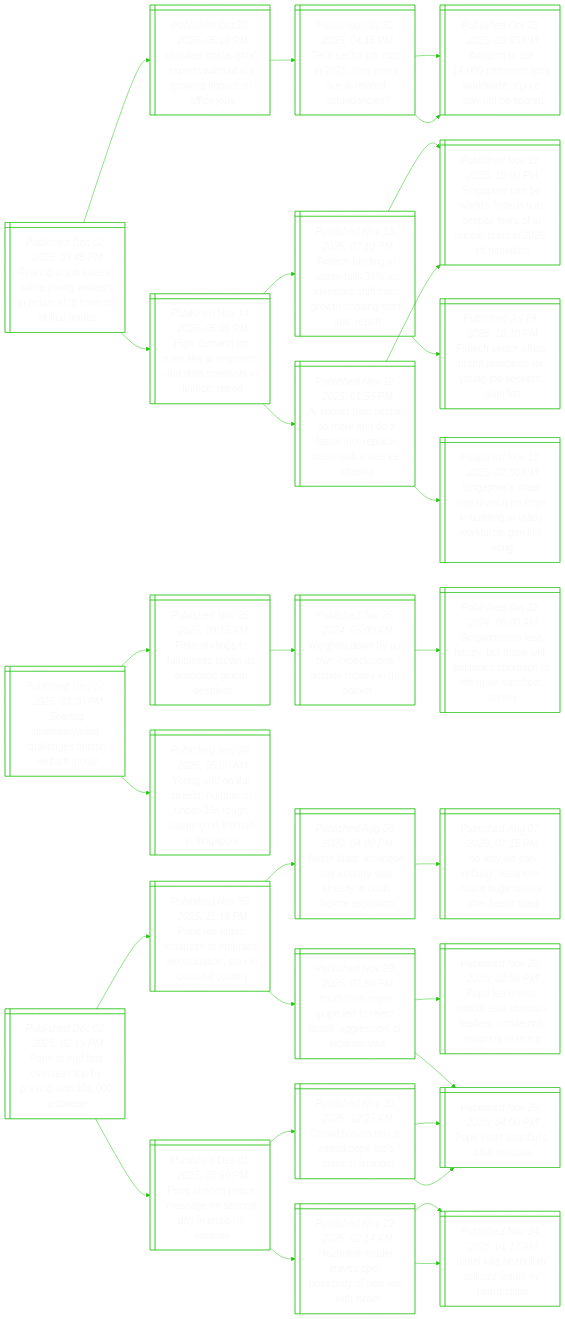
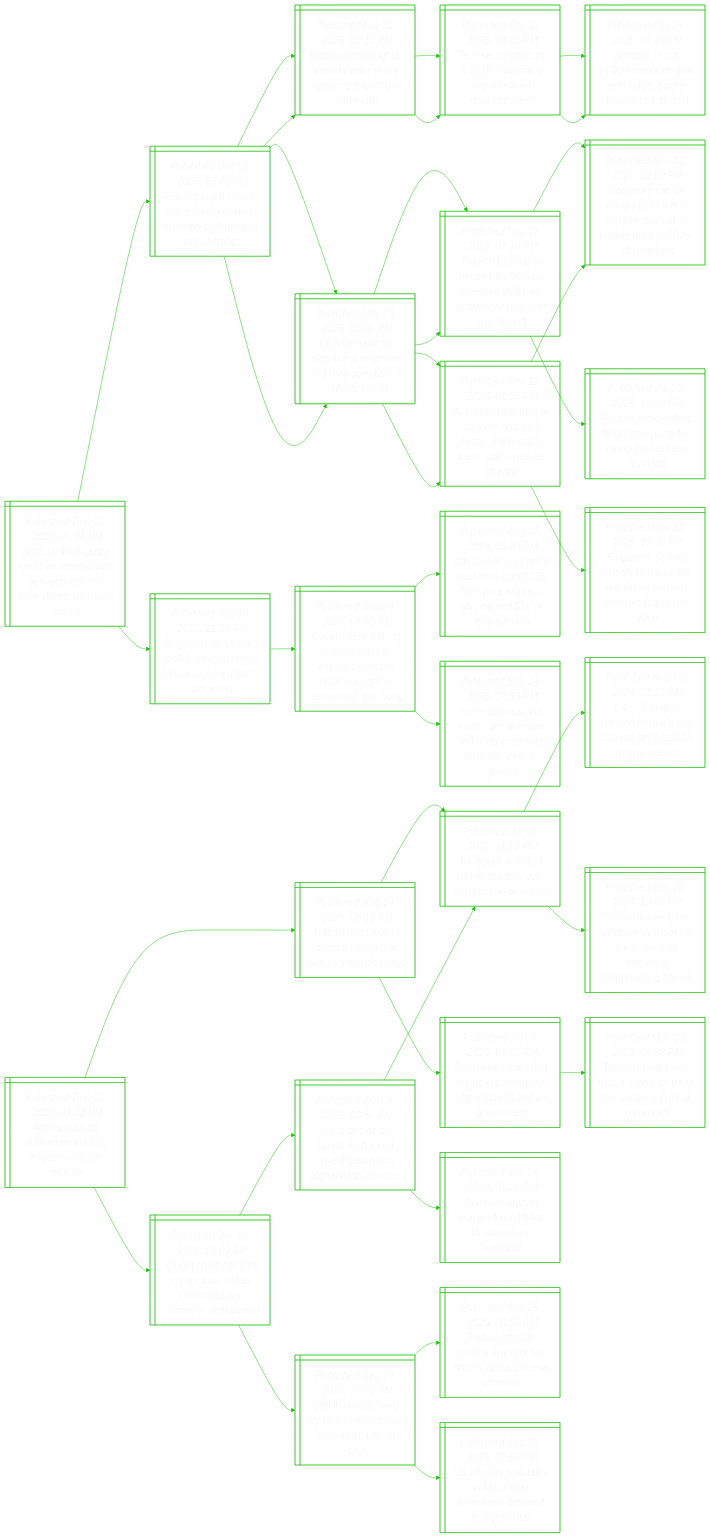
Before and after one commit to notJmes/notJmes: the diagram in README.md, drawn with Mermaid. The commit also changed other lines of this file, not shown here.

````diff
--- a/README.md
+++ b/README.md
@@ -15,6 +15,83 @@
 %%{init: {'theme':'base', 'themeVariables': {'primaryColor': "transparent", 'primaryTextColor': "#F9F9F9", 'lineColor': "#20C20E", 'primaryBorderColor':'#20C20E'}}}%%
 flowchart LR
 classDef txtsize font-size:20px;
+
+AiilclrdeecptUor@{ shape: win-pane, label: "_Published Dec 02, 2025, 06:44 PM_
+Artificial intelligence could increase divide between rich and poor states, un report warns" }
+Fnosmnknaiwsed@{ shape: win-pane, label: "_Published Dec 02, 2025, 03:45 PM_
+Fearing ai job losses, some young workers in britain shift towards skilled trades" }
+Bishpwfrgcfj@{ shape: win-pane, label: "_Published Oct 30, 2025, 05:10 PM_
+‘bloodied onslaughts’: experts warn of ai’s growing impact on office jobs" }
+TejtoyItdn@{ shape: win-pane, label: "_Published Oct 30, 2025, 04:15 PM_
+Tech sector job cuts in 2025: how many are ai-related redundancies?" }
+Heflknedstite@{ shape: win-pane, label: "_Published Nov 14, 2025, 05:06 PM_
+High demand for roles like ai engineers and data scientists in fintech: report" }
+Fcdnnsvrfmtstpo@{ shape: win-pane, label: "_Published Nov 13, 2025, 07:10 PM_
+Fintech funding in asean falls 36% as investors shift from growth-chasing start-ups: report" }
+AulpmntercmWCg@{ shape: win-pane, label: "_Published Nov 12, 2025, 01:55 PM_
+Ai should help people do more and do it faster, not replace them: uob’s wee ee cheong" }
+SpaiobdsnnlM@{ shape: win-pane, label: "_Published Nov 19, 2025, 11:59 PM_
+Singapore has varied toolkit, beyond taxes, to manage inequality: pm wong" }
+GnlnoynSavurrtn@{ shape: win-pane, label: "_Published Sep 24, 2025, 05:53 PM_
+Government looking at more ways to ensure s’poreans have enough for retirement: pm wong" }
+JeutaoiSwredeo@{ shape: win-pane, label: "_Published Aug 27, 2024, 05:30 PM_
+Job seeker support to start from april 2025 for s’pore workers who earned $5k or less a month" }
+WtkcPgdganlmd@{ shape: win-pane, label: "_Published Sep 24, 2025, 07:33 PM_
+‘we must break this cycle’: pm wong on reducing emphasis on single exams, grades" }
+
+AiilclrdeecptUor:::txtsize --> Fnosmnknaiwsed:::txtsize
+Fnosmnknaiwsed:::txtsize --> Bishpwfrgcfj:::txtsize
+Bishpwfrgcfj:::txtsize --> TejtoyItdn:::txtsize
+Fnosmnknaiwsed:::txtsize --> Heflknedstite:::txtsize
+Heflknedstite:::txtsize --> Fcdnnsvrfmtstpo:::txtsize
+Heflknedstite:::txtsize --> AulpmntercmWCg:::txtsize
+AiilclrdeecptUor:::txtsize --> SpaiobdsnnlM:::txtsize
+SpaiobdsnnlM:::txtsize --> GnlnoynSavurrtn:::txtsize
+GnlnoynSavurrtn:::txtsize --> JeutaoiSwredeo:::txtsize
+GnlnoynSavurrtn:::txtsize --> WtkcPgdganlmd:::txtsize
+
+Anbttulcamr@{ shape: win-pane, label: "_Published Dec 02, 2025, 04:52 PM_
+Afghan taliban authorities publicly execute man for murder" }
+TaftettlSha@{ shape: win-pane, label: "_Published Aug 14, 2025, 05:18 AM_
+Taliban use force to divert international aid, us watchdog says" }
+Ierfbaoeuoe@{ shape: win-pane, label: "_Published Jul 08, 2025, 11:19 PM_
+Icc seeks arrest of taliban leaders over persecution of women" }
+molnohhsTaue@{ shape: win-pane, label: "_Published Aug 15, 2024, 02:17 PM_
+1.4 million girls banned from afghan schools since taliban return: unesco" }
+Tadndvoauyniuh@{ shape: win-pane, label: "_Published Dec 29, 2024, 10:45 PM_
+Taliban leader bans windows overlooking areas used by women in neighbouring homes" }
+Ramrutoeaalgn@{ shape: win-pane, label: "_Published Jul 04, 2025, 03:21 AM_
+Russia becomes first country to recognise afghanistan’s taliban government" }
+Taaishodninles@{ shape: win-pane, label: "_Published May 23, 2025, 04:38 PM_
+Taliban in talks with russia, china for trade transactions in local currencies" }
+EtfrsiaictamAnn@{ shape: win-pane, label: "_Published Dec 01, 2025, 08:09 AM_
+Ex-british officer tells inquiry that military committed war crimes in afghanistan" }
+Ueoaaitithtri@{ shape: win-pane, label: "_Published Oct 06, 2025, 03:56 PM_
+Un to decide on broad eu-backed investigation into afghanistan atrocities" }
+Ierfbaoeuoe@{ shape: win-pane, label: "_Published Jul 08, 2025, 11:19 PM_
+Icc seeks arrest of taliban leaders over persecution of women" }
+Dcgooboihn@{ shape: win-pane, label: "_Published Mar 06, 2023, 01:26 PM_
+Divorced afghan women forced back to abusive ex-husbands" }
+BspeTaeadois@{ shape: win-pane, label: "_Published Sep 19, 2025, 07:50 PM_
+British couple freed by taliban after qatari mediation, official says" }
+TaisirfrsCsr@{ shape: win-pane, label: "_Published Feb 25, 2025, 08:55 AM_
+Taliban officials confirm arrest of two britons and a chinese-american" }
+UistiuridnAnn@{ shape: win-pane, label: "_Published Sep 13, 2025, 07:50 PM_
+Us officials hold talks in kabul over americans detained in afghanistan" }
+
+Anbttulcamr:::txtsize --> TaftettlSha:::txtsize
+TaftettlSha:::txtsize --> Ierfbaoeuoe:::txtsize
+Ierfbaoeuoe:::txtsize --> molnohhsTaue:::txtsize
+Ierfbaoeuoe:::txtsize --> Tadndvoauyniuh:::txtsize
+TaftettlSha:::txtsize --> Ramrutoeaalgn:::txtsize
+Ramrutoeaalgn:::txtsize --> Taaishodninles:::txtsize
+Anbttulcamr:::txtsize --> EtfrsiaictamAnn:::txtsize
+EtfrsiaictamAnn:::txtsize --> Ueoaaitithtri:::txtsize
+Ueoaaitithtri:::txtsize --> Ierfbaoeuoe:::txtsize
+Ueoaaitithtri:::txtsize --> Dcgooboihn:::txtsize
+EtfrsiaictamAnn:::txtsize --> BspeTaeadois:::txtsize
+BspeTaeadois:::txtsize --> TaisirfrsCsr:::txtsize
+BspeTaeadois:::txtsize --> UistiuridnAnn:::txtsize
 
 Fnosmnknaiwsed@{ shape: win-pane, label: "_Published Dec 02, 2025, 03:45 PM_
 Fearing ai job losses, some young workers in britain shift towards skilled trades" }
@@ -53,63 +130,4 @@
 AulpmntercmWCg:::txtsize --> SpaofcdtrIlsFet:::txtsize
 AulpmntercmWCg:::txtsize --> Spssitguneorno:::txtsize
 
-Snmmhnihad@{ shape: win-pane, label: "_Published Dec 02, 2025, 03:00 PM_
-Soaring unemployment challenges finnish welfare model" }
-Fnnhnrsoles@{ shape: win-pane, label: "_Published Nov 25, 2025, 09:15 AM_
-Finland clings to happiness crown as economic gloom deepens" }
-Wenrxasintc@{ shape: win-pane, label: "_Published Jan 25, 2024, 05:00 AM_
-Weighed down by our own expectations, despite money in the pocket" }
-Spnsyhildoomair@{ shape: win-pane, label: "_Published Jan 12, 2024, 05:00 AM_
-Singaporeans less happy, but those with balanced approach to life more satisfied: survey" }
-YatrNrdolnhenr@{ shape: win-pane, label: "_Published Nov 30, 2025, 05:00 AM_
-Young and on the streets: number of under-35s rough sleeping on the rise in singapore" }
-
-Snmmhnihad:::txtsize --> Fnnhnrsoles:::txtsize
-Fnnhnrsoles:::txtsize --> Wenrxasintc:::txtsize
-Wenrxasintc:::txtsize --> Spnsyhildoomair:::txtsize
-Snmmhnihad:::txtsize --> YatrNrdolnhenr:::txtsize
-
-Poivapawes@{ shape: win-pane, label: "_Published Dec 02, 2025, 02:19 PM_
-Pope to end first overseas trip by praying with 100,000 lebanese" }
-Peeatreiiarhu@{ shape: win-pane, label: "_Published Nov 30, 2025, 11:19 PM_
-Pope leo urges lebanese to embrace reconciliation, stay in crisis-hit country" }
-Bttnanaeniopo@{ shape: win-pane, label: "_Published Aug 08, 2020, 04:00 PM_
-Beirut blast: lebanese say country was already in crisis before explosion" }
-NwrlachoaBtt@{ shape: win-pane, label: "_Published Aug 07, 2020, 07:15 PM_
-'no way we can rebuild': lebanese count huge losses after beirut blast" }
-Hlroojsienbv@{ shape: win-pane, label: "_Published Nov 29, 2025, 07:50 PM_
-Hezbollah urges pope leo to reject israeli ‘aggression’ on lebanon visit" }
-Petdsinensgvn@{ shape: win-pane, label: "_Published Nov 28, 2025, 02:58 PM_
-Pope leo meets middle east christian leaders, condemns religious violence" }
-PiIbls@{ shape: win-pane, label: "_Published Nov 29, 2025, 04:00 PM_
-Pope visits istanbul’s blue mosque" }
-Pupmgedcsen@{ shape: win-pane, label: "_Published Dec 01, 2025, 05:50 PM_
-Pope pushes peace message on second day in crisis-hit lebanon" }
-Cbstepsia@{ shape: win-pane, label: "_Published Nov 30, 2025, 12:25 AM_
-Crowd braves rain to attend pope leo’s mass in istanbul" }
-PiIbls@{ shape: win-pane, label: "_Published Nov 29, 2025, 04:00 PM_
-Pope visits istanbul’s blue mosque" }
-PiIbls@{ shape: win-pane, label: "_Published Nov 29, 2025, 04:00 PM_
-Pope visits istanbul’s blue mosque" }
-Hlelspbywir@{ shape: win-pane, label: "_Published Nov 29, 2025, 02:14 AM_
-Hezbollah leader leaves open possibility of new war with israel" }
-Ilsomaanui@{ shape: win-pane, label: "_Published Nov 24, 2025, 01:17 AM_
-Israel kills hezbollah military leader in beirut strike" }
-Ilsomaanui@{ shape: win-pane, label: "_Published Nov 24, 2025, 01:17 AM_
-Israel kills hezbollah military leader in beirut strike" }
-
-Poivapawes:::txtsize --> Peeatreiiarhu:::txtsize
-Peeatreiiarhu:::txtsize --> Bttnanaeniopo:::txtsize
-Bttnanaeniopo:::txtsize --> NwrlachoaBtt:::txtsize
-Peeatreiiarhu:::txtsize --> Hlroojsienbv:::txtsize
-Hlroojsienbv:::txtsize --> Petdsinensgvn:::txtsize
-Hlroojsienbv:::txtsize --> PiIbls:::txtsize
-Poivapawes:::txtsize --> Pupmgedcsen:::txtsize
-Pupmgedcsen:::txtsize --> Cbstepsia:::txtsize
-Cbstepsia:::txtsize --> PiIbls:::txtsize
-Cbstepsia:::txtsize --> PiIbls:::txtsize
-Pupmgedcsen:::txtsize --> Hlelspbywir:::txtsize
-Hlelspbywir:::txtsize --> Ilsomaanui:::txtsize
-Hlelspbywir:::txtsize --> Ilsomaanui:::txtsize
-
 ```
````
